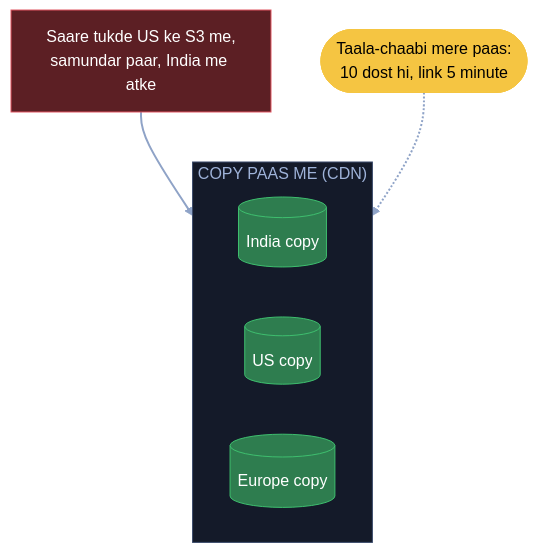
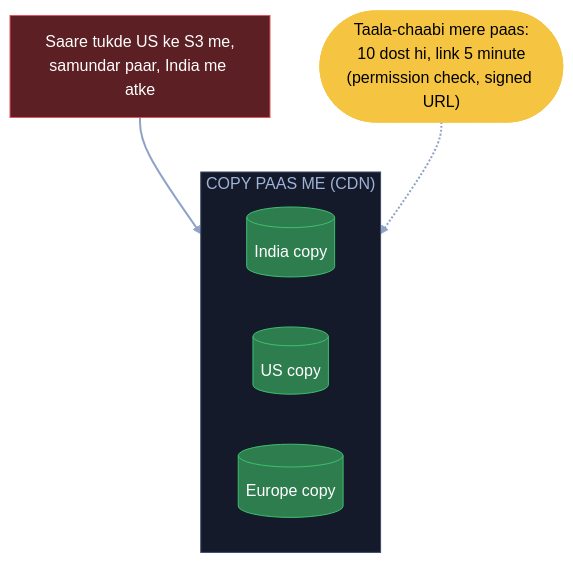
One commit to ArpanMaheshwari144/Prep changed diagram 15 of 21 in 04_HLD/SYSTEM_DESIGNS/03_twitter_feed/03_twitter_feed.md. Above: the diagram before and after it, drawn with Mermaid. The commit also changed other lines of this file and 20 other files, not shown here.

Commit message:
HLD main files: diagram me kahani shabd + bracket me asli naam (21 design, 182 label)

````diff
--- a/04_HLD/SYSTEM_DESIGNS/03_twitter_feed/03_twitter_feed.md
+++ b/04_HLD/SYSTEM_DESIGNS/03_twitter_feed/03_twitter_feed.md
@@ -562,18 +562,18 @@
 ```mermaid
 flowchart TB
     X["Saare tukde US ke S3 me,<br/>samundar paar, India me atke"]:::bad
     subgraph CP["COPY PAAS ME (CDN)"]
         I[("India copy")]:::good
         U[("US copy")]:::good
         E[("Europe copy")]:::good
     end
-    T(["Taala-chaabi mere paas:<br/>10 dost hi, link 5 minute"]):::pill
+    T(["Taala-chaabi mere paas:<br/>10 dost hi, link 5 minute<br/>(permission check, signed URL)"]):::pill
     X --> CP
     T -.-> CP
     linkStyle default stroke:#8fa3c7,stroke-width:2px
     classDef card fill:#1e2638,stroke:#3a4a6b,color:#e8ecf5
     classDef pill fill:#f5c542,stroke:#f5c542,color:#000
     classDef good fill:#2e7d4f,stroke:#3fbf6f,color:#fff
     classDef bad fill:#5c1f24,stroke:#e05561,color:#fff
     style CP fill:#141a29,stroke:#3a4a6b,color:#9fb3d9
 ```
````
